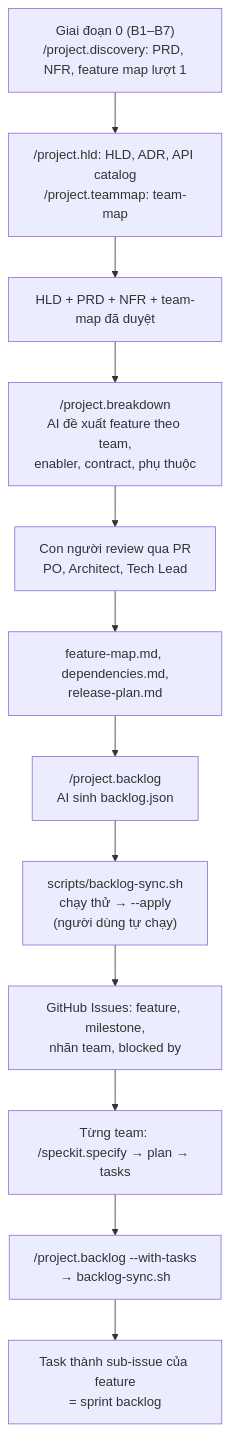
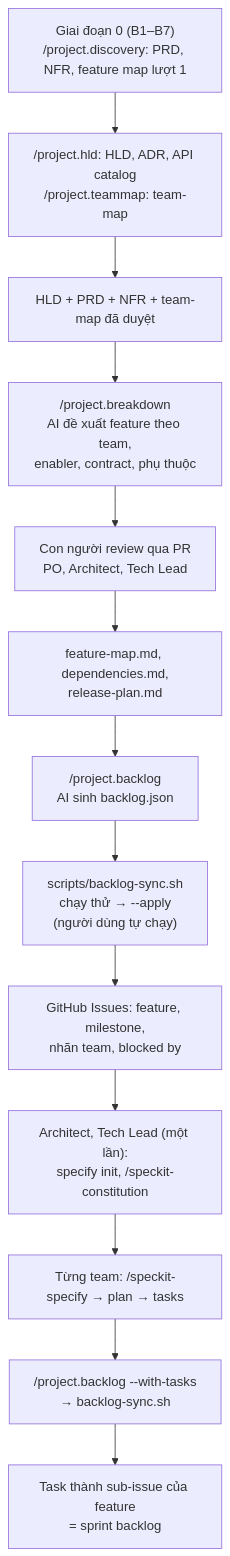
Before and after one commit to mrvntech/self-study: the diagram in speckit-backlog.md, drawn with Mermaid. The commit also changed other lines of this file, not shown here.

First line of the commit message:
Use Spec Kit 1.2.6 skill command names in speckit-backlog

````diff
--- a/speckit-backlog.md
+++ b/speckit-backlog.md
@@ -98,14 +99,15 @@
 ```mermaid
 flowchart TB
     Z["Giai đoạn 0 (B1–B7)<br/>/project.discovery: PRD, NFR, feature map lượt 1"] --> Z2
     Z2["/project.hld: HLD, ADR, API catalog<br/>/project.teammap: team-map"] --> A
     A[HLD + PRD + NFR + team-map đã duyệt] --> B["/project.breakdown<br/>AI đề xuất feature theo team,<br/>enabler, contract, phụ thuộc"]
     B --> C[Con người review qua PR<br/>PO, Architect, Tech Lead]
     C --> D[feature-map.md, dependencies.md,<br/>release-plan.md]
     D --> E["/project.backlog<br/>AI sinh backlog.json"]
     E --> F["scripts/backlog-sync.sh<br/>chạy thử → --apply<br/>(người dùng tự chạy)"]
     F --> G[GitHub Issues: feature, milestone,<br/>nhãn team, blocked by]
-    G --> H["Từng team: /speckit.specify → plan → tasks"]
+    G --> K["Architect, Tech Lead (một lần):<br/>specify init, /speckit-constitution"]
+    K --> H["Từng team: /speckit-specify → plan → tasks"]
     H --> I["/project.backlog --with-tasks<br/>→ backlog-sync.sh"]
     I --> J[Task thành sub-issue của feature<br/>= sprint backlog]
 ```
````
